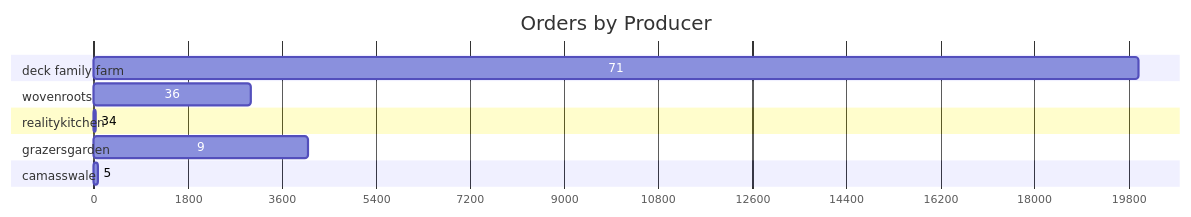
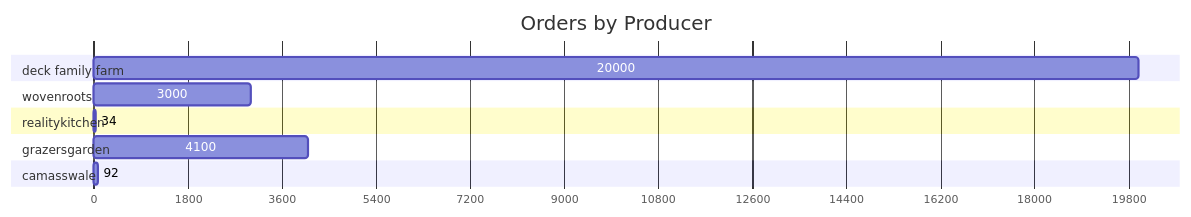
One commit to required777/TD-Testing-ffcsa_scripts changed the first of 2 diagrams in mermaid_test.md. Above: the diagram before and after it, drawn with Mermaid.

````diff
--- a/mermaid_test.md
+++ b/mermaid_test.md
@@ -1,17 +1,17 @@
 ```mermaid
 gantt
    title Orders by Producer
     dateFormat  X
     axisFormat %s
 
     section deck family farm
-    71   : 0, 20000
+    20000   : 0, 20000
     section wovenroots
-    36   : 0, 3000
+    3000   : 0, 3000
     section realitykitchen
     34   : 0, 34
     section grazersgarden
-    9    : 0, 4100
+    4100    : 0, 4100
     section camasswale
-    5    : 0, 92
+    92    : 0, 92
 ```
````
